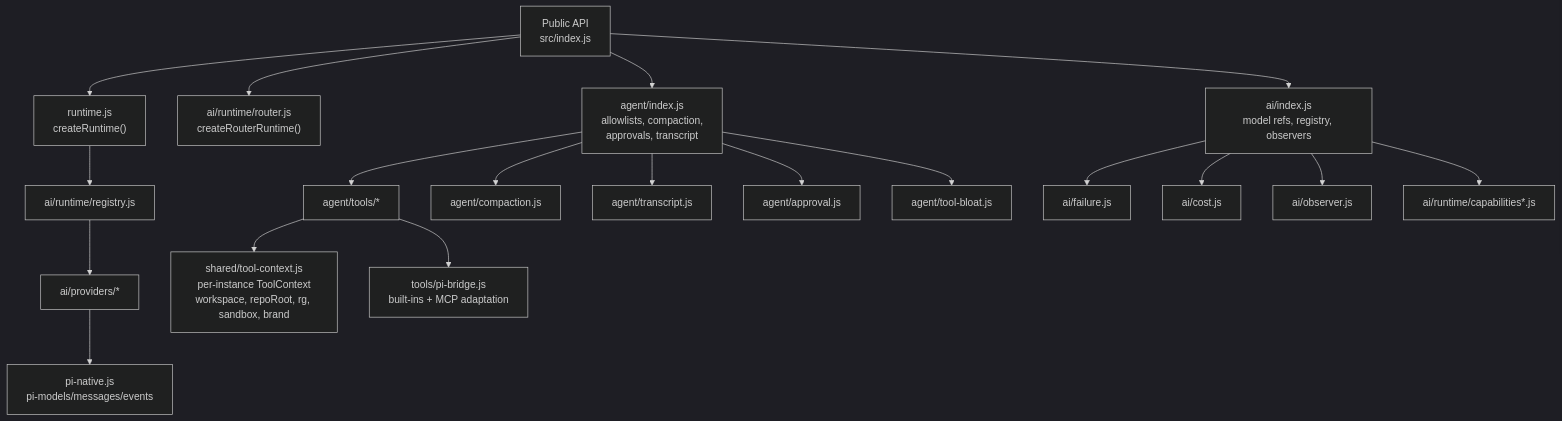
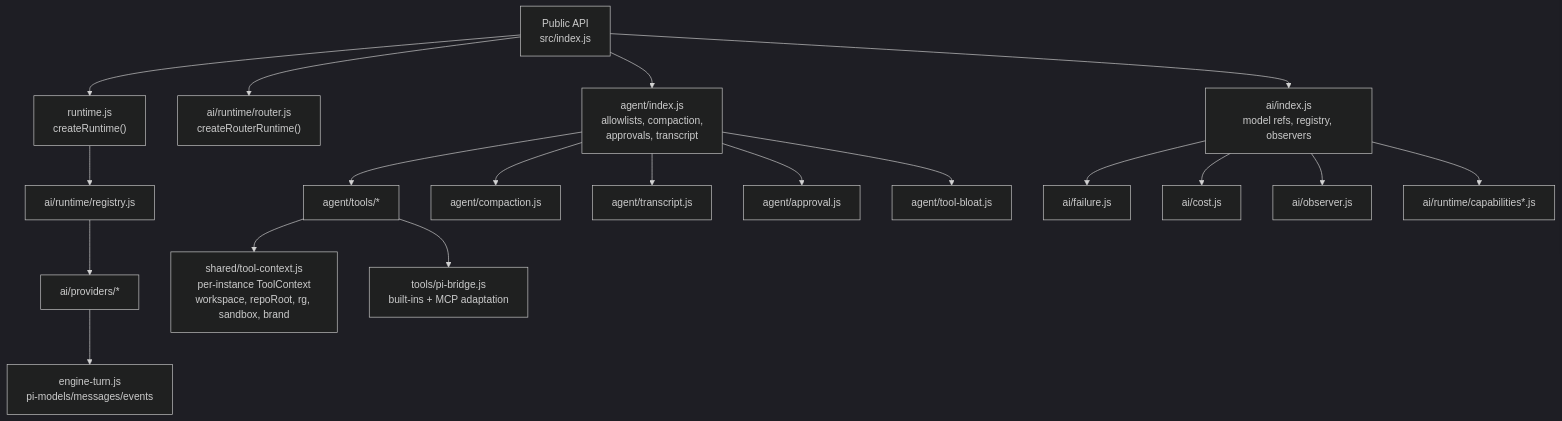
One commit to robertsreberski/mono-agent changed the fourth of 5 diagrams in packages/agent-runtime/ARCHITECTURE.md. Above: the diagram before and after it, drawn with Mermaid (dark theme). The commit also changed other lines of this file and 15 other files, not shown here.

Commit message:
docs(runtime): document engine turn names and deprecated aliases

````diff
--- a/packages/agent-runtime/ARCHITECTURE.md
+++ b/packages/agent-runtime/ARCHITECTURE.md
@@ -193,26 +193,26 @@
 ```mermaid
 flowchart TB
   Public["Public API<br/>src/index.js"] --> RuntimeFactory["runtime.js<br/>createRuntime()"]
   Public --> Router["ai/runtime/router.js<br/>createRouterRuntime()"]
   Public --> AIExports["ai/index.js<br/>model refs, registry, observers"]
   Public --> AgentExports["agent/index.js<br/>allowlists, compaction,<br/>approvals, transcript"]
 
   RuntimeFactory --> Registry["ai/runtime/registry.js"]
   Registry --> Providers["ai/providers/*"]
 
-  Providers --> Pi["pi-native.js<br/>pi-models/messages/events"]
+  Providers --> Pi["engine-turn.js<br/>pi-models/messages/events"]
 
   AgentExports --> Tools["agent/tools/*"]
   Tools --> ToolContext["shared/tool-context.js<br/>per-instance ToolContext<br/>workspace, repoRoot, rg, sandbox, brand"]
   Tools --> PiBridge["tools/pi-bridge.js<br/>built-ins + MCP adaptation"]
 
   AgentExports --> Compaction["agent/compaction.js"]
   AgentExports --> Transcript["agent/transcript.js"]
   AgentExports --> Approval["agent/approval.js"]
   AgentExports --> Bloat["agent/tool-bloat.js"]
 
   AIExports --> Failure["ai/failure.js"]
   AIExports --> Cost["ai/cost.js"]
   AIExports --> Observer["ai/observer.js"]
   AIExports --> Capabilities["ai/runtime/capabilities*.js"]
 ```
````
